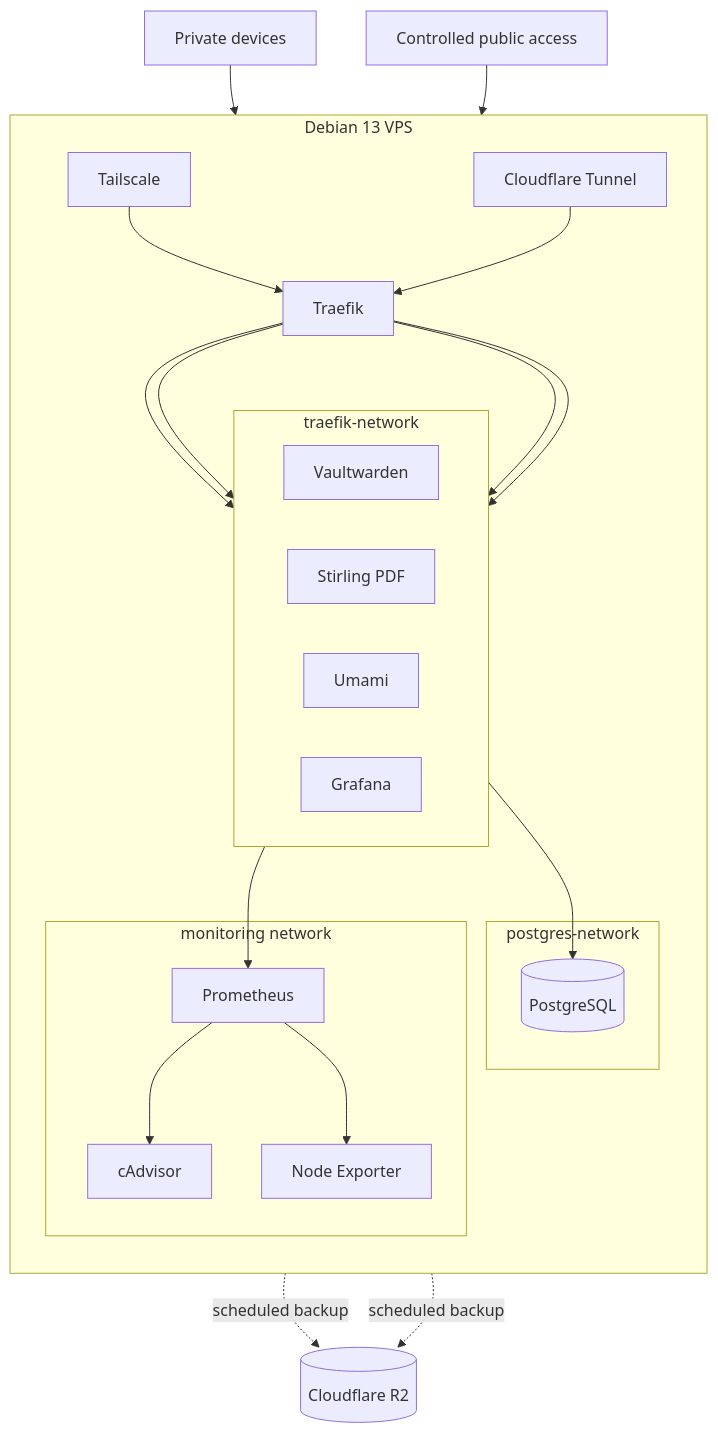
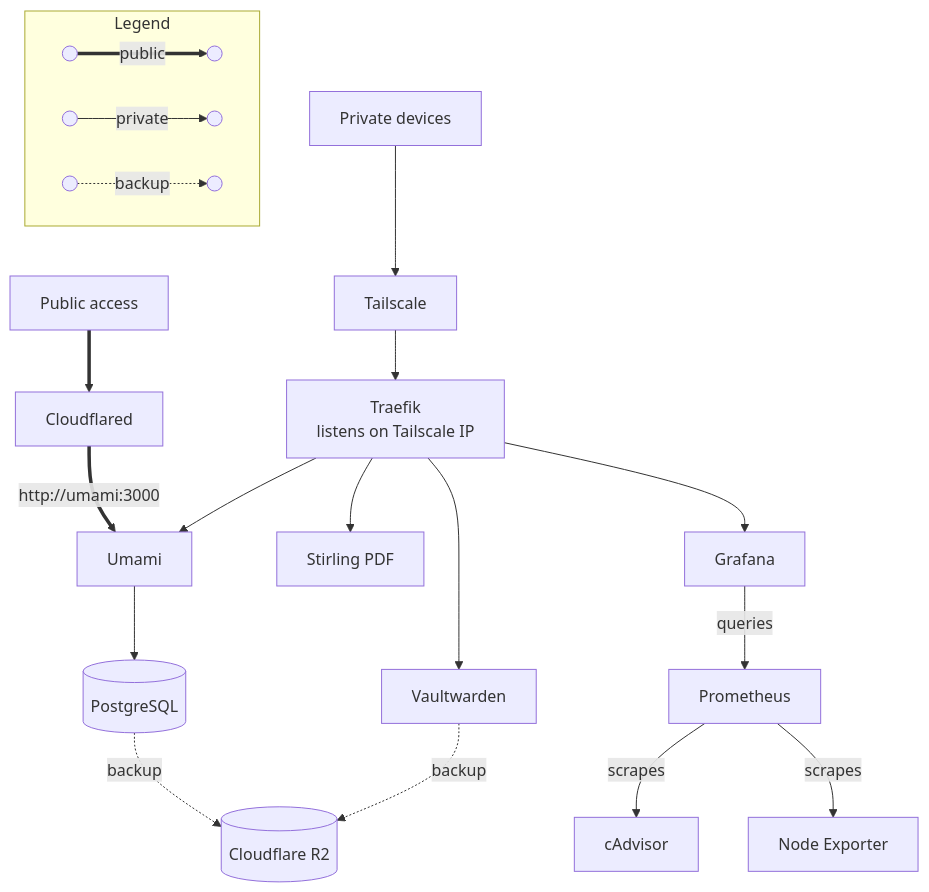
One commit to albugowy15/bughowi.com changed the diagram in src/content/projects/yawilab-vps.mdx. Above: the diagram before and after it, drawn with Mermaid. The commit also changed other lines of this file and 1 other file, not shown here.

Commit message:
fix(content): update yawilab vps diagram

````diff
--- a/src/content/projects/yawilab-vps.mdx
+++ b/src/content/projects/yawilab-vps.mdx
@@ -33,46 +33,32 @@
 ```mermaid
 flowchart TB
   accTitle: Yawilab VPS architecture
-  accDescr: Private devices and controlled public traffic enter a Debian VPS through Tailscale and Cloudflare Tunnel. Traefik routes requests to applications, while monitoring services observe the host and scheduled backups are stored in Cloudflare R2.
+  accDescr: Private devices reach the VPS through Tailscale. Traefik listens on the Tailscale IP and routes to applications. Umami is the only service with public access, served directly by Cloudflared. Only Umami talks to PostgreSQL, and only PostgreSQL and Vaultwarden are backed up to Cloudflare R2.
 
   private[Private devices] --> tailscale[Tailscale]
-  public[Controlled public access] --> tunnel[Cloudflare Tunnel]
+  tailscale --> traefik[Traefik<br/>listens on Tailscale IP]
 
-  subgraph vps[Debian 13 VPS]
-    direction TB
-    tailscale --> traefik[Traefik]
-    tunnel --> traefik
+  public[Public access] ==> cloudflared[Cloudflared]
+  cloudflared == "http://umami:3000" ==> umami[Umami]
 
-    subgraph web[traefik-network]
-      direction LR
-      vaultwarden[Vaultwarden]
-      stirling[Stirling PDF]
-      umami[Umami]
-      grafana[Grafana]
-    end
+  traefik --> vaultwarden[Vaultwarden]
+  traefik --> stirling[Stirling PDF]
+  traefik --> umami
+  traefik --> grafana[Grafana]
 
-    traefik --> vaultwarden
-    traefik --> stirling
-    traefik --> umami
-    traefik --> grafana
+  umami --> postgres[(PostgreSQL)]
 
-    subgraph data[postgres-network]
-      postgres[(PostgreSQL)]
-    end
+  grafana -- "queries" --> prometheus[Prometheus]
+  prometheus -- "scrapes" --> cadvisor[cAdvisor]
+  prometheus -- "scrapes" --> exporter[Node Exporter]
 
-    umami --> postgres
+  postgres -. backup .-> r2[(Cloudflare R2)]
+  vaultwarden -. backup .-> r2
 
-    subgraph monitoring[monitoring network]
-      prometheus[Prometheus]
-      cadvisor[cAdvisor]
-      exporter[Node Exporter]
-    end
-
-    grafana --> prometheus
-    prometheus --> cadvisor
-    prometheus --> exporter
+  subgraph Legend
+    direction LR
+    L1(( )) == "public" ==> L2(( ))
+    L3(( )) -- "private" --> L4(( ))
+    L5(( )) -. "backup" .-> L6(( ))
   end
-
-  postgres -. scheduled backup .-> r2[(Cloudflare R2)]
-  vaultwarden -. scheduled backup .-> r2
 ```
````
